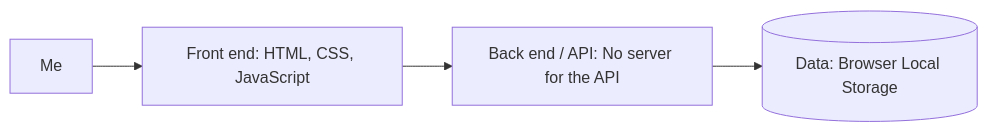
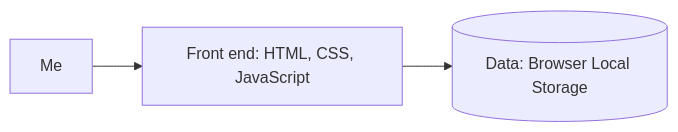
Before and after one commit to Isimar914/room-to-finish: the diagram in README.md, drawn with Mermaid.

Commit message:
Update architecture sketch to remove unused API

````diff
--- a/README.md
+++ b/README.md
@@ -112,6 +112,5 @@
 ```mermaid
 flowchart LR
   U["Me"] --> FE["Front end: HTML, CSS, JavaScript"]
-  FE --> API["Back end / API: No server for the API"]
-  API --> DB[("Data: Browser Local Storage")]
+  FE --> DB[("Data: Browser Local Storage")]
 ```
````
